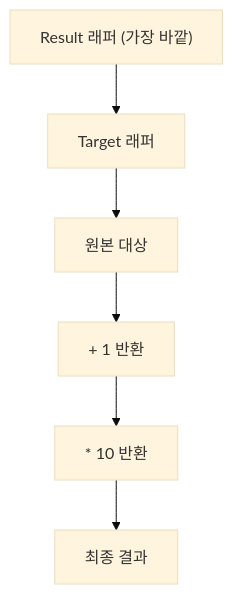
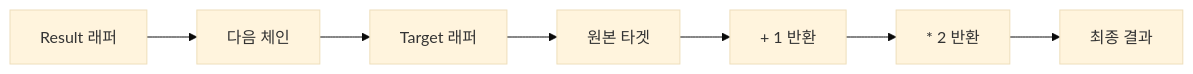
One commit to h1ylabs/next-loader changed the fourth of 4 diagrams in packages/promise-aop/docs/README-ko.md. Above: the diagram before and after it, drawn with Mermaid (base theme). The commit also changed other lines of this file and 18 other files, not shown here.

````diff
--- a/packages/promise-aop/docs/README-ko.md
+++ b/packages/promise-aop/docs/README-ko.md
@@ -722,5 +535,8 @@
 ```mermaid
-graph TD
-    A["Result 래퍼 (가장 바깥)"] --> B["Target 래퍼"] --> C["원본 대상"]
-    C --> D["+ 1 반환"] --> E["* 10 반환"] --> F["최종 결과"]
+graph LR
+    A[Result 래퍼] --> B[다음 체인]
+    B --> C[Target 래퍼] --> D[원본 타겟]
+    D --> E[+ 1 반환]
+    E --> F[* 2 반환]
+    F --> G[최종 결과]
 ```
````
